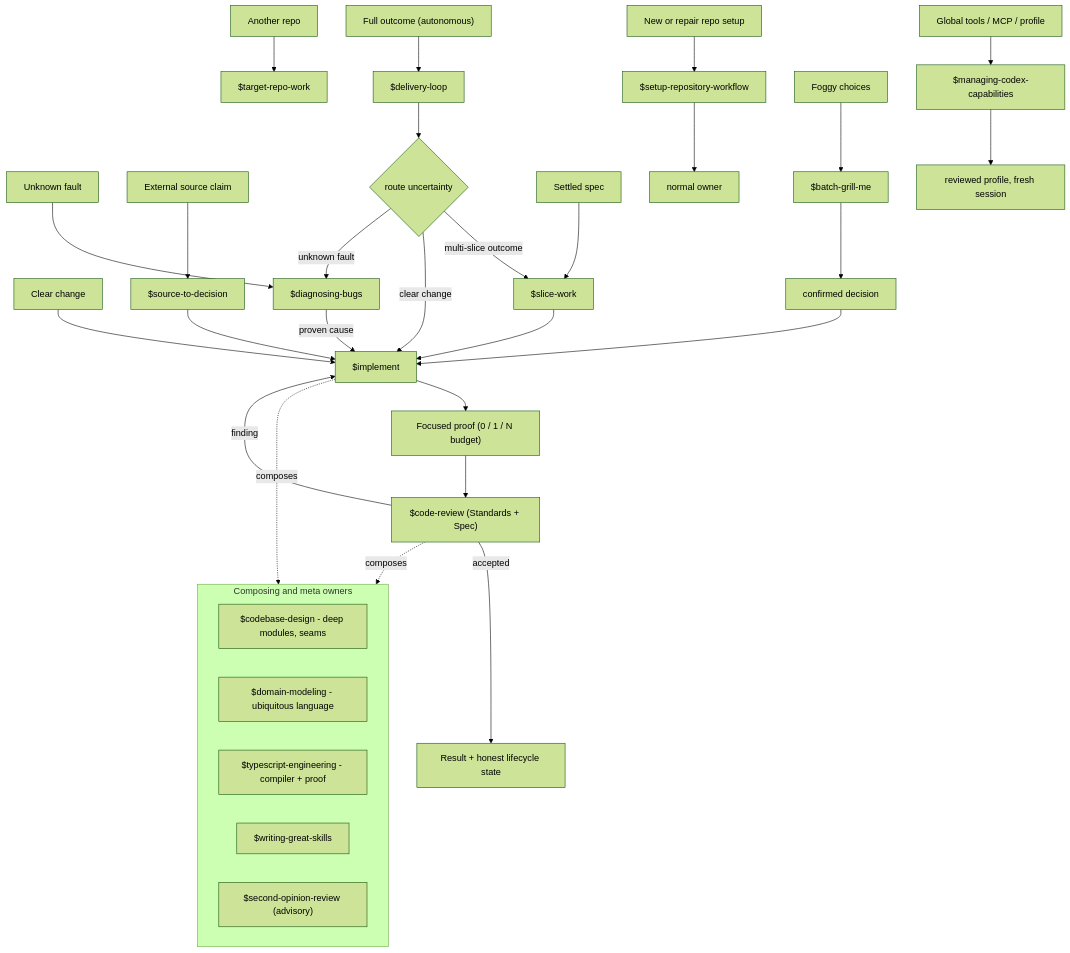
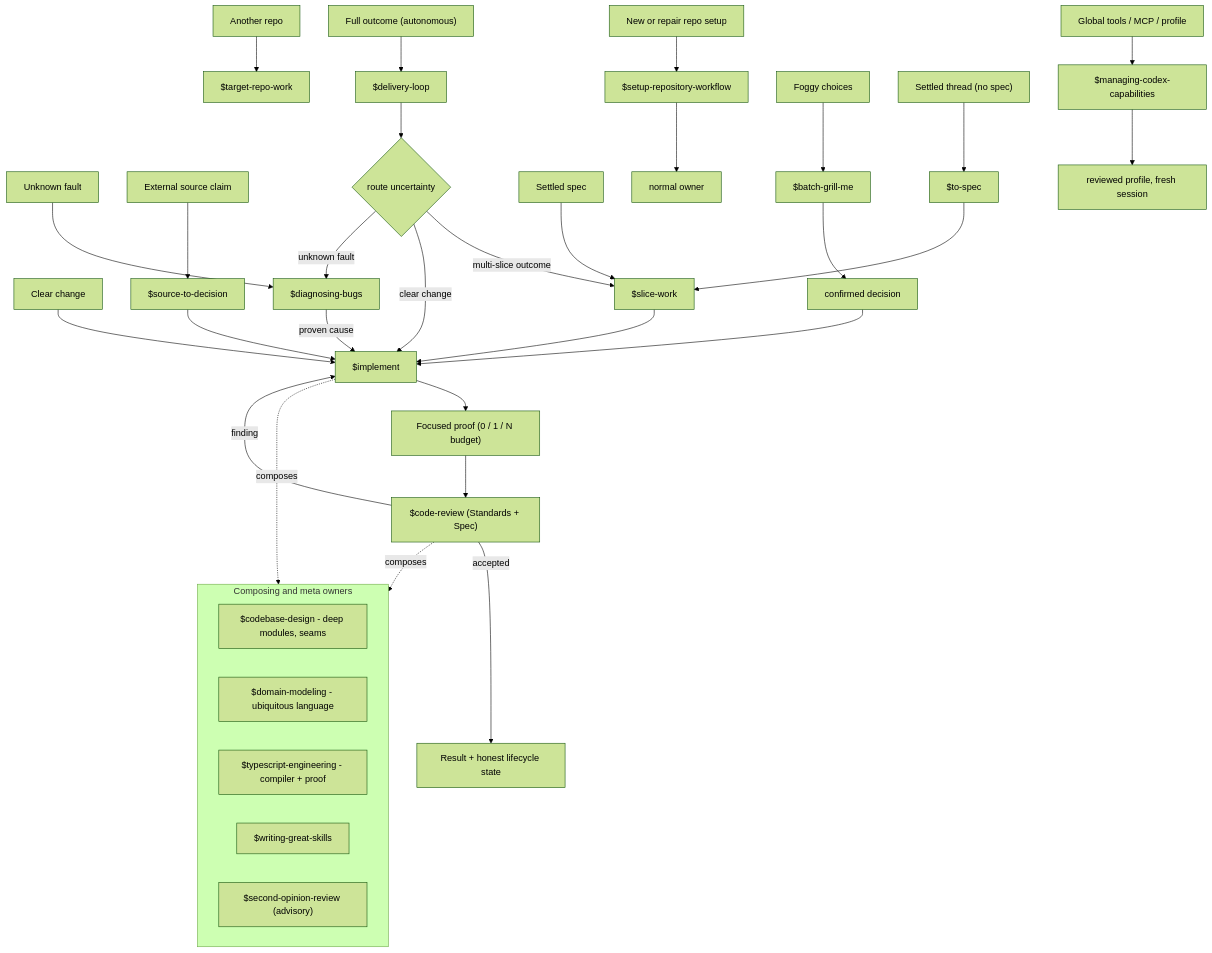
Before and after one commit to korneliuszburian/krn-codex-skills: the diagram in docs/work-pipeline.md, drawn with Mermaid (forest theme). The commit also changed other lines of this file and 10 other files, not shown here.

````diff
--- a/docs/work-pipeline.md
+++ b/docs/work-pipeline.md
@@ -10,50 +10,53 @@
 ```mermaid
 flowchart TD
   CLEAR["Clear change"] --> IMPL
   OUTCOME["Full outcome (autonomous)"] --> LOOP
   FAULT["Unknown fault"] --> DIAG
   SOURCE["External source claim"] --> S2D
   OTHER["Another repo"] --> TRW
   SETUP["New or repair repo setup"] --> SRW
   FOG["Foggy choices"] --> GRILL
   SPEC["Settled spec"] --> SLICE
+  THREAD["Settled thread (no spec)"] --> TOSPEC
   TOOLS["Global tools / MCP / profile"] --> MCC
 
   IMPL["$implement"]
   LOOP["$delivery-loop"]
   DIAG["$diagnosing-bugs"]
   S2D["$source-to-decision"]
   TRW["$target-repo-work"]
   SRW["$setup-repository-workflow"]
   GRILL["$batch-grill-me"]
+  TOSPEC["$to-spec"]
   SLICE["$slice-work"]
   MCC["$managing-codex-capabilities"]
 
   LOOP --> ROUTE{"route uncertainty"}
   ROUTE -->|"multi-slice outcome"| SLICE
   ROUTE -->|"clear change"| IMPL
   ROUTE -->|"unknown fault"| DIAG
 
   SLICE --> IMPL
+  TOSPEC --> SLICE
   S2D --> IMPL
   DIAG -->|"proven cause"| IMPL
   IMPL --> PROOF["Focused proof (0 / 1 / N budget)"]
   PROOF --> REVIEW["$code-review (Standards + Spec)"]
   REVIEW -->|"finding"| IMPL
   REVIEW -->|"accepted"| DONE["Result + honest lifecycle state"]
 
   GRILL --> DECIDE["confirmed decision"] --> IMPL
   SRW --> NORMAL["normal owner"]
   MCC --> PROFILE["reviewed profile, fresh session"]
 
   subgraph META["Composing and meta owners"]
     direction LR
     CD["$codebase-design - deep modules, seams"]
     DM["$domain-modeling - ubiquitous language"]
     TE["$typescript-engineering - compiler + proof"]
     WGS["$writing-great-skills"]
     SOR["$second-opinion-review (advisory)"]
   end
   IMPL -. composes .-> TE
   REVIEW -. composes .-> TE
 ```
````
